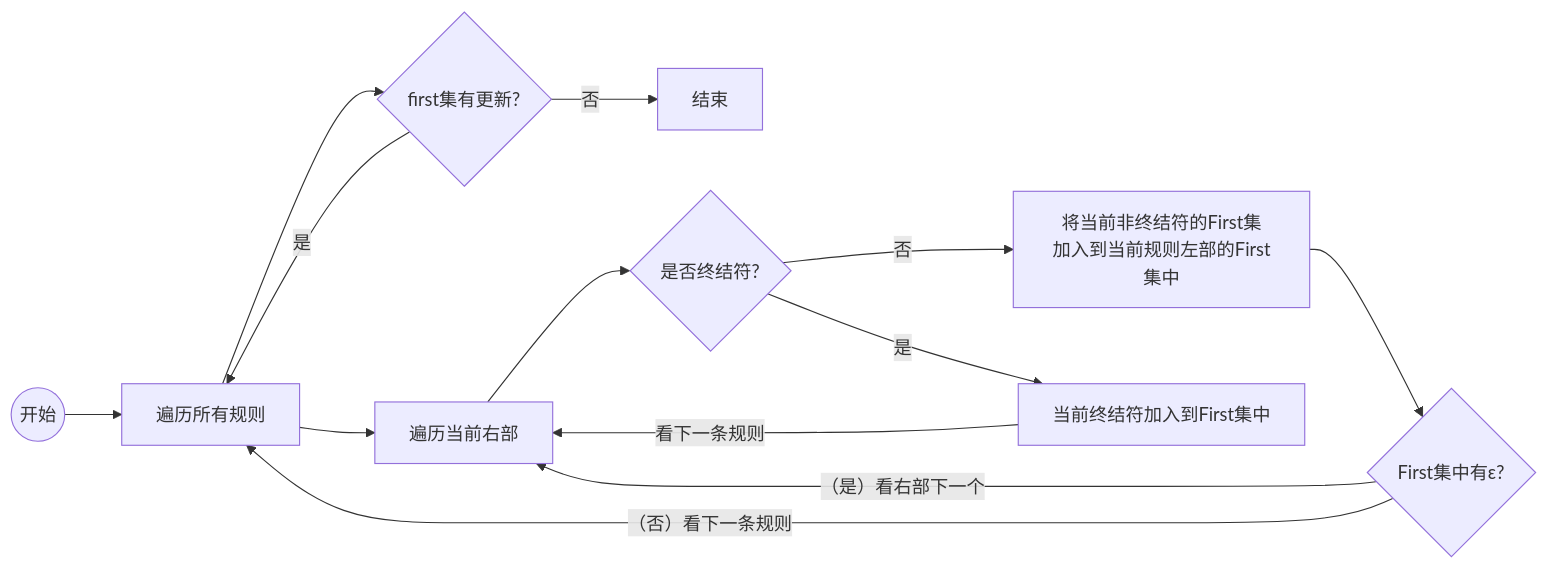
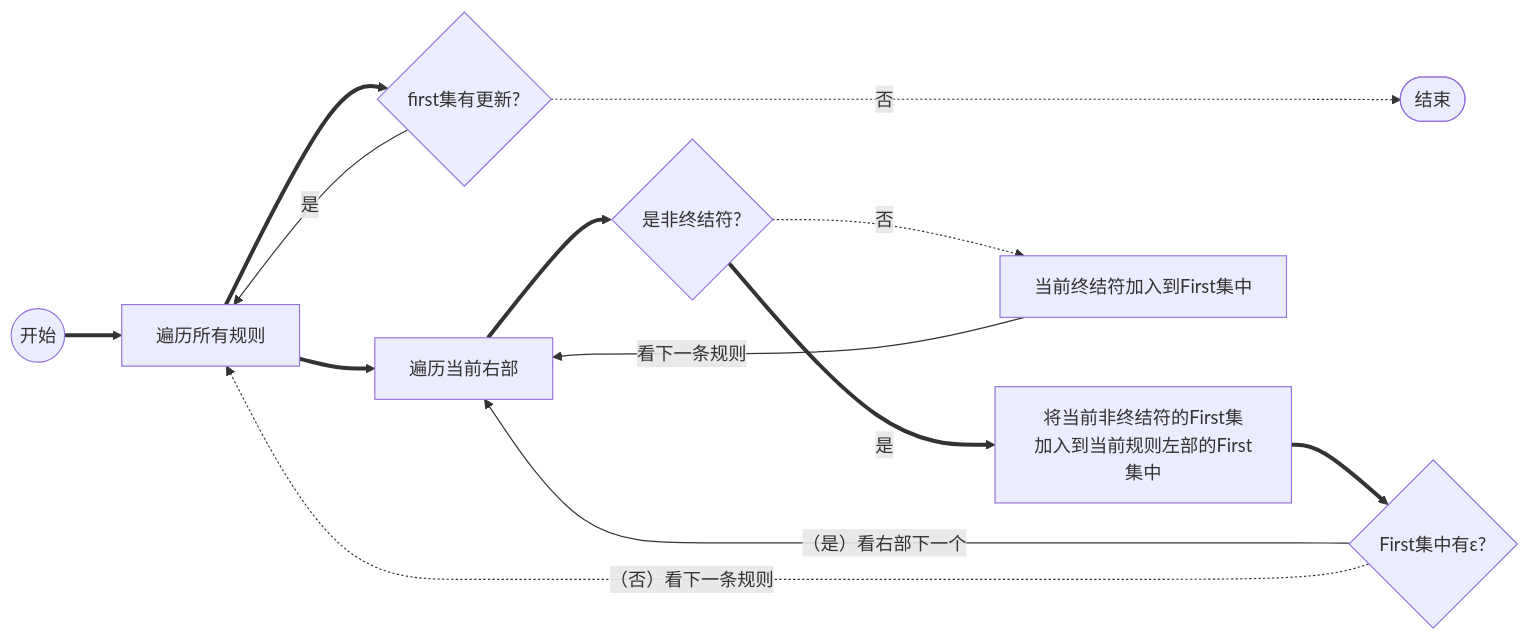
The fifth of 6 diagrams in BNFProcessor/readme.md (Lyuyk/Compile-Principle-Course-Labs), drawn with Mermaid before and after one commit. The commit also changed other lines of this file, not shown here.

````diff
--- a/BNFProcessor/readme.md
+++ b/BNFProcessor/readme.md
@@ -122,13 +122,13 @@
 ```mermaid
 flowchart LR
-s((开始))-->s1[遍历所有规则]-->if{first集有更新?}
-if--否-->结束
+s((开始))==>s1[遍历所有规则]==>if{first集有更新?}
+if-.否...->se([结束])
 if--是-->s1
 
-s1-->s2[遍历当前右部]-->if2{是否终结符?}
-if2--否-->s3["将当前非终结符的First集\n加入到当前规则左部的First集中"]-->if3{First集中有ɛ?}
-if2--是-->当前终结符加入到First集中--看下一条规则-->s2
+s1==>s2[遍历当前右部]==>if2{是非终结符?}
+if2==是==>s3["将当前非终结符的First集\n加入到当前规则左部的First集中"]==>if3{First集中有ɛ?}
+if2-.否.->当前终结符加入到First集中--看下一条规则-->s2
 
 if3--"（是）看右部下一个"-->s2
-if3--"（否）看下一条规则"-->s1
+if3-."（否）看下一条规则".->s1
 ```
````
